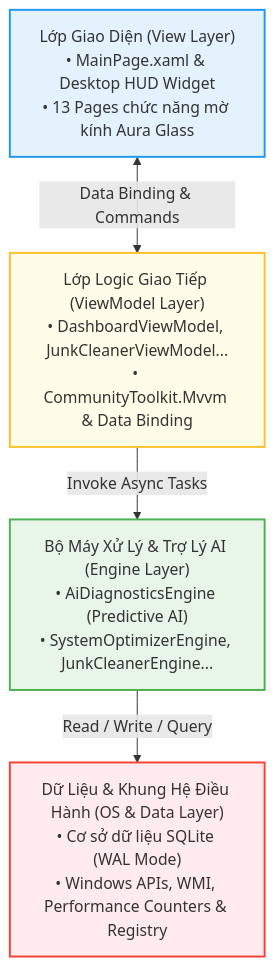
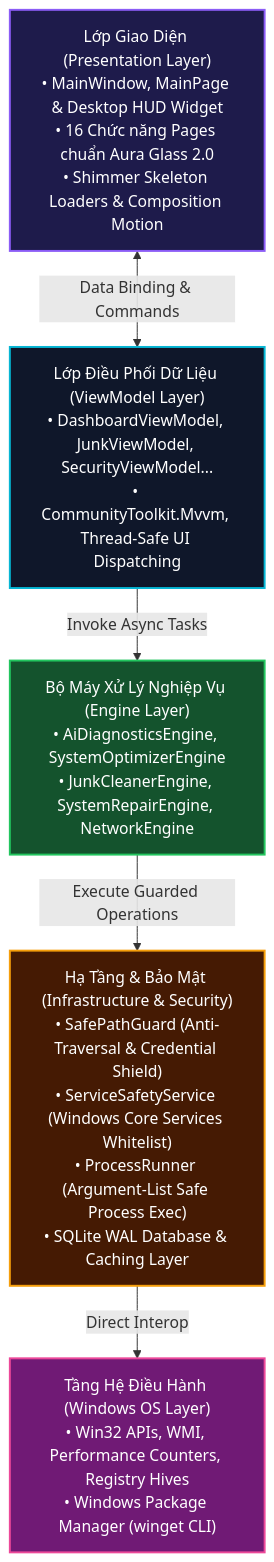
One commit to Nguyen-Trung-Tien/WinCarePro changed the diagram in README.md. Above: the diagram before and after it, drawn with Mermaid. The commit also changed other lines of this file and 6 other files, not shown here.

Commit message:
feat: introduce AnimationHelper for UI transitions and implement secure service validation logic

````diff
--- a/README.md
+++ b/README.md
@@ -44,17 +45,19 @@
 ```mermaid
 graph TD
-    %% Styling
-    classDef ui fill:#E3F2FD,stroke:#2196F3,stroke-width:2px;
-    classDef vm fill:#FFFDE7,stroke:#FBC02D,stroke-width:2px;
-    classDef engine fill:#E8F5E9,stroke:#4CAF50,stroke-width:2px;
-    classDef data fill:#FFEBEE,stroke:#F44336,stroke-width:2px;
+    classDef ui fill:#1e1b4b,stroke:#8b5cf6,stroke-width:2px,color:#fff;
+    classDef vm fill:#0f172a,stroke:#06b6d4,stroke-width:2px,color:#fff;
+    classDef engine fill:#14532d,stroke:#22c55e,stroke-width:2px,color:#fff;
+    classDef infra fill:#451a03,stroke:#f59e0b,stroke-width:2px,color:#fff;
+    classDef os fill:#701a75,stroke:#ec4899,stroke-width:2px,color:#fff;
 
-    UI["Lớp Giao Diện (View Layer)<br/>• MainPage.xaml & Desktop HUD Widget<br/>• 13 Pages chức năng mờ kính Aura Glass"]:::ui
-    VM["Lớp Logic Giao Tiếp (ViewModel Layer)<br/>• DashboardViewModel, JunkCleanerViewModel...<br/>• CommunityToolkit.Mvvm & Data Binding"]:::vm
-    Engine["Bộ Máy Xử Lý & Trợ Lý AI (Engine Layer)<br/>• AiDiagnosticsEngine (Predictive AI)<br/>• SystemOptimizerEngine, JunkCleanerEngine..."]:::engine
-    Data["Dữ Liệu & Khung Hệ Điều Hành (OS & Data Layer)<br/>• Cơ sở dữ liệu SQLite (WAL Mode)<br/>• Windows APIs, WMI, Performance Counters & Registry"]:::data
+    UI["Lớp Giao Diện (Presentation Layer)<br/>• MainWindow, MainPage & Desktop HUD Widget<br/>• 16 Chức năng Pages chuẩn Aura Glass 2.0<br/>• Shimmer Skeleton Loaders & Composition Motion"]:::ui
+    VM["Lớp Điều Phối Dữ Liệu (ViewModel Layer)<br/>• DashboardViewModel, JunkViewModel, SecurityViewModel...<br/>• CommunityToolkit.Mvvm, Thread-Safe UI Dispatching"]:::vm
+    Engine["Bộ Máy Xử Lý Nghiệp Vụ (Engine Layer)<br/>• AiDiagnosticsEngine, SystemOptimizerEngine<br/>• JunkCleanerEngine, SystemRepairEngine, NetworkEngine"]:::engine
+    Infra["Hạ Tầng & Bảo Mật (Infrastructure & Security)<br/>• SafePathGuard (Anti-Traversal & Credential Shield)<br/>• ServiceSafetyService (Windows Core Services Whitelist)<br/>• ProcessRunner (Argument-List Safe Process Exec)<br/>• SQLite WAL Database & Caching Layer"]:::infra
+    OS["Tầng Hệ Điều Hành (Windows OS Layer)<br/>• Win32 APIs, WMI, Performance Counters, Registry Hives<br/>• Windows Package Manager (winget CLI)"]:::os
 
     UI <--> |Data Binding & Commands| VM
     VM --> |Invoke Async Tasks| Engine
-    Engine --> |Read / Write / Query| Data
+    Engine --> |Execute Guarded Operations| Infra
+    Infra --> |Direct Interop| OS
 ```
````
